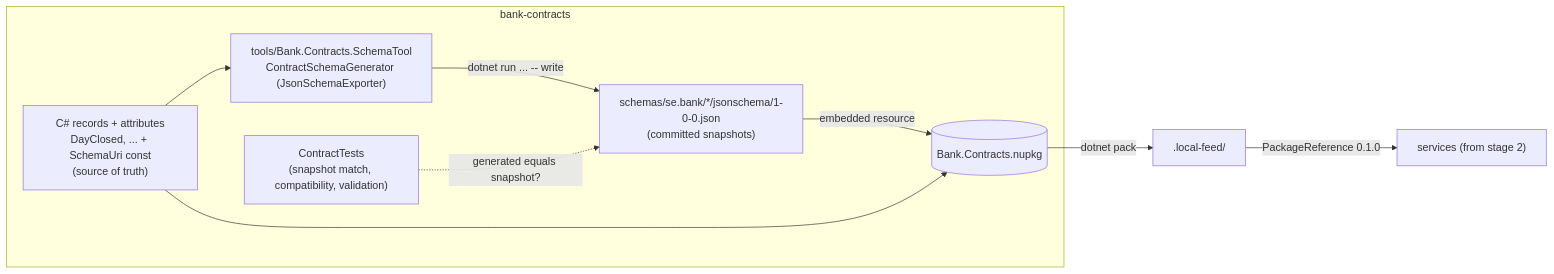
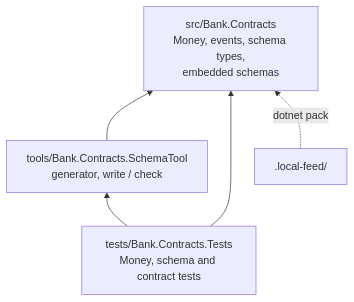
One commit to majid-sharif-soleimani/banking_demo changed the second of 3 diagrams in docs/learning/stage-1/slice-1.1.md. Above: the diagram before and after it, drawn with Mermaid. The commit also changed other lines of this file and 1 other file, not shown here.

````diff
--- a/docs/learning/stage-1/slice-1.1.md
+++ b/docs/learning/stage-1/slice-1.1.md
@@ -60,16 +76,10 @@
 ```mermaid
-flowchart LR
-    subgraph bank-contracts
-        R["C# records + attributes<br/>DayClosed, ... + SchemaUri const<br/>(source of truth)"]
-        G["tools/Bank.Contracts.SchemaTool<br/>ContractSchemaGenerator (JsonSchemaExporter)"]
-        S["schemas/se.bank/*/jsonschema/1-0-0.json<br/>(committed snapshots)"]
-        T["ContractTests<br/>(snapshot match, compatibility, validation)"]
-        R --> G
-        G -- "dotnet run ... -- write" --> S
-        S -- embedded resource --> P[(Bank.Contracts.nupkg)]
-        R --> P
-        T -. generated equals snapshot? .-> S
-    end
-    P -- dotnet pack --> F[".local-feed/"]
-    F -- PackageReference 0.1.0 --> SVC["services (from stage 2)"]
+flowchart BT
+    C["src/Bank.Contracts<br/>Money, events, schema types,<br/>embedded schemas"]
+    TOOL["tools/Bank.Contracts.SchemaTool<br/>generator, write / check"]
+    TEST["tests/Bank.Contracts.Tests<br/>Money, schema and contract tests"]
+    TOOL --> C
+    TEST --> C
+    TEST --> TOOL
+    FEED[".local-feed/"] -.->|"dotnet pack"| C
 ```
````
